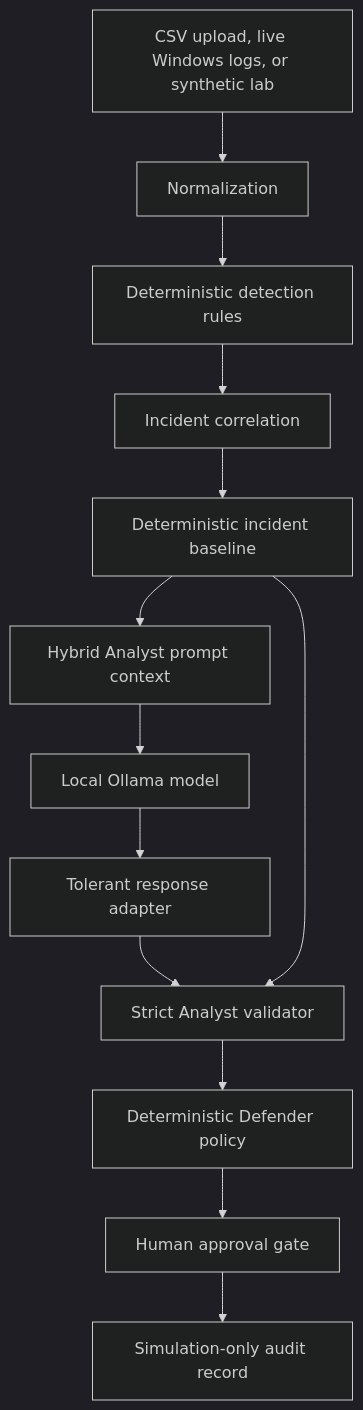
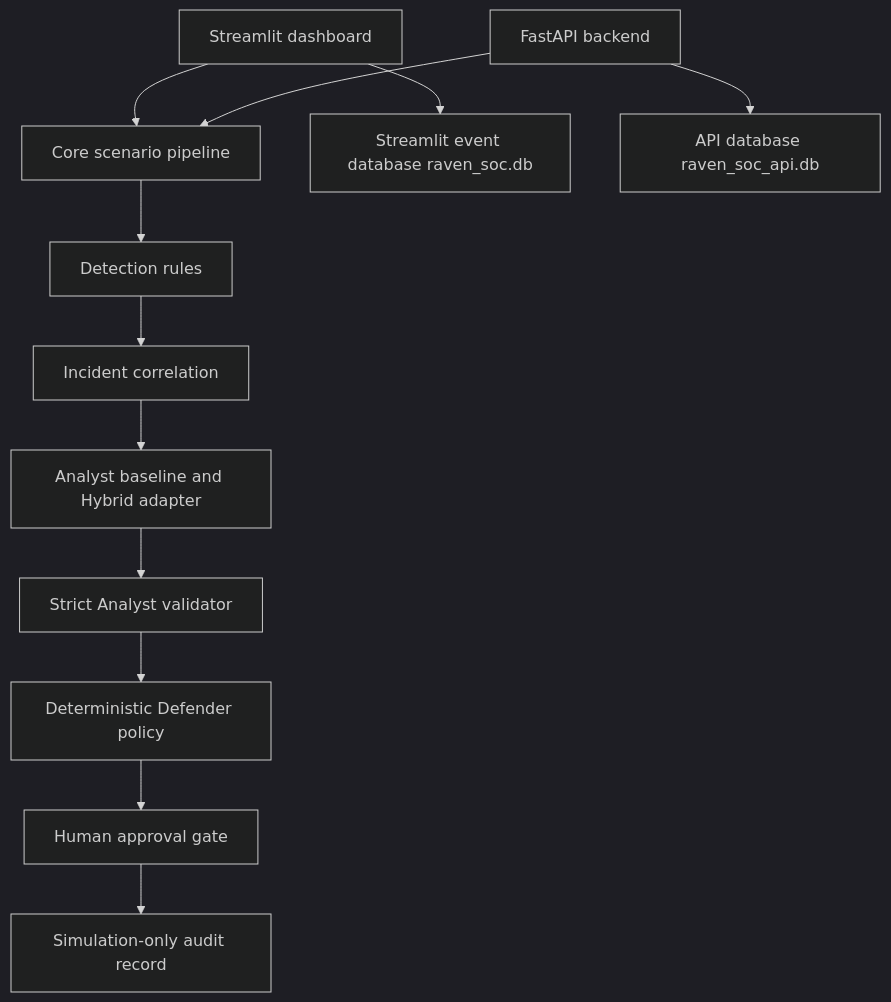
The diagram in docs/architecture.md (arjunkariveettil965/raven-soc), drawn with Mermaid (dark theme) before and after one commit. The commit also changed other lines of this file and 29 other files, not shown here.

````diff
--- a/docs/architecture.md
+++ b/docs/architecture.md
@@ -3,15 +3,14 @@
 ```mermaid
 flowchart TD
-    A[CSV upload, live Windows logs, or synthetic lab] --> B[Normalization]
-    B --> C[Deterministic detection rules]
-    C --> D[Incident correlation]
-    D --> E[Deterministic incident baseline]
-    E --> F[Hybrid Analyst prompt context]
-    F --> G[Local Ollama model]
-    G --> H[Tolerant response adapter]
-    H --> I[Strict Analyst validator]
-    E --> I
-    I --> J[Deterministic Defender policy]
-    J --> K[Human approval gate]
-    K --> L[Simulation-only audit record]
+    S[Streamlit dashboard] --> C[Core scenario pipeline]
+    A[FastAPI backend] --> C
+    C --> D[Detection rules]
+    D --> E[Incident correlation]
+    E --> F[Analyst baseline and Hybrid adapter]
+    F --> G[Strict Analyst validator]
+    G --> H[Deterministic Defender policy]
+    H --> I[Human approval gate]
+    I --> J[Simulation-only audit record]
+    S --> K[Streamlit event database raven_soc.db]
+    A --> L[API database raven_soc_api.db]
 ```
````
